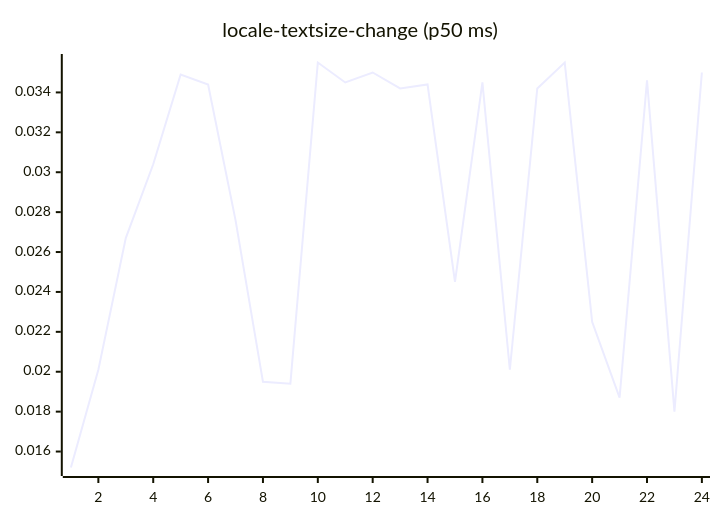
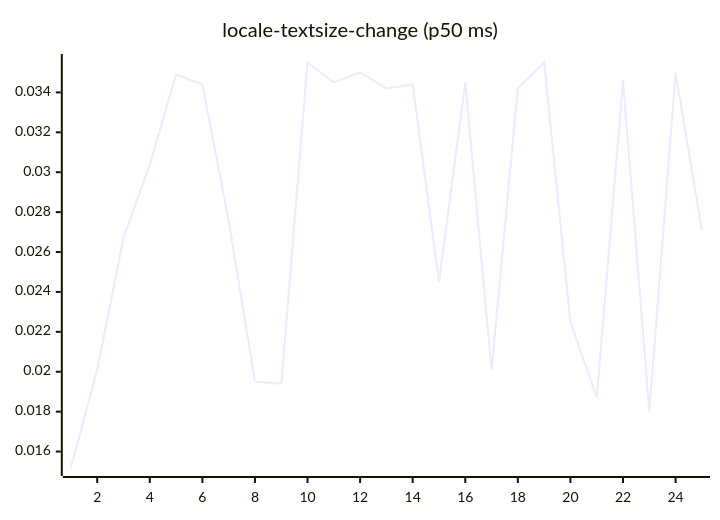
Diagram 13 of 27 in README.md (josha/Facet), drawn with Mermaid before and after one commit. The commit also changed other lines of this file and 2 other files, not shown here.

````diff
--- a/README.md
+++ b/README.md
@@ -147,6 +147,6 @@
 ```mermaid
 xychart-beta
     title "locale-textsize-change (p50 ms)"
-    x-axis 1 --> 24
-    line [0.0152, 0.0201, 0.0267, 0.0304, 0.0349, 0.0344, 0.0276, 0.0195, 0.0194, 0.0355, 0.0345, 0.0350, 0.0342, 0.0344, 0.0245, 0.0345, 0.0201, 0.0342, 0.0355, 0.0225, 0.0187, 0.0346, 0.0180, 0.0350]
+    x-axis 1 --> 25
+    line [0.0152, 0.0201, 0.0267, 0.0304, 0.0349, 0.0344, 0.0276, 0.0195, 0.0194, 0.0355, 0.0345, 0.0350, 0.0342, 0.0344, 0.0245, 0.0345, 0.0201, 0.0342, 0.0355, 0.0225, 0.0187, 0.0346, 0.0180, 0.0350, 0.0271]
 ```
````
